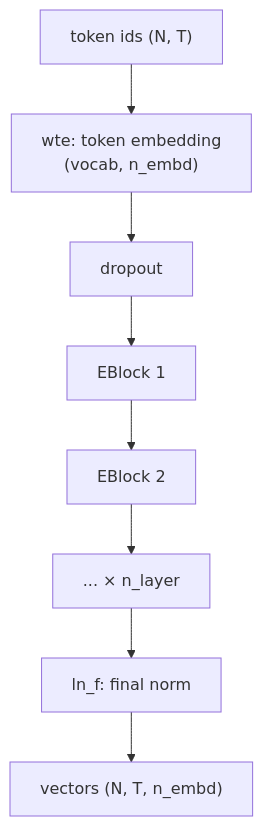
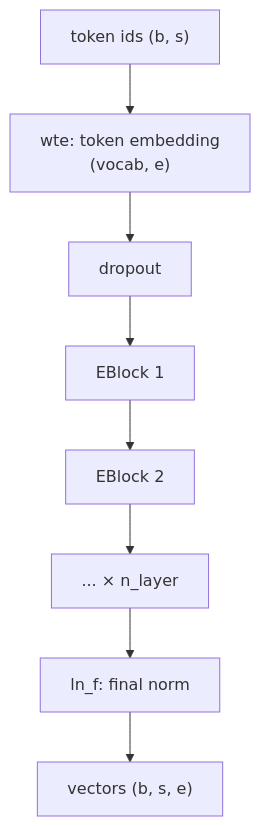
Before and after one commit to benisalla/tiny-dlms: the first of 2 diagrams in docs/03-encoder.md, drawn with Mermaid. The commit also changed other lines of this file and 22 other files, not shown here.

````diff
--- a/docs/03-encoder.md
+++ b/docs/03-encoder.md
@@ -15,10 +15,10 @@
 ```mermaid
 flowchart TB
-    IDX["token ids (N, T)"] --> WTE["wte: token embedding<br/>(vocab, n_embd)"]
+    IDX["token ids (b, s)"] --> WTE["wte: token embedding<br/>(vocab, e)"]
     WTE --> DROP["dropout"]
     DROP --> B1["EBlock 1"]
     B1 --> B2["EBlock 2"]
     B2 --> BN["... × n_layer"]
     BN --> LNF["ln_f: final norm"]
-    LNF --> H["vectors (N, T, n_embd)"]
+    LNF --> H["vectors (b, s, e)"]
 ```
````
